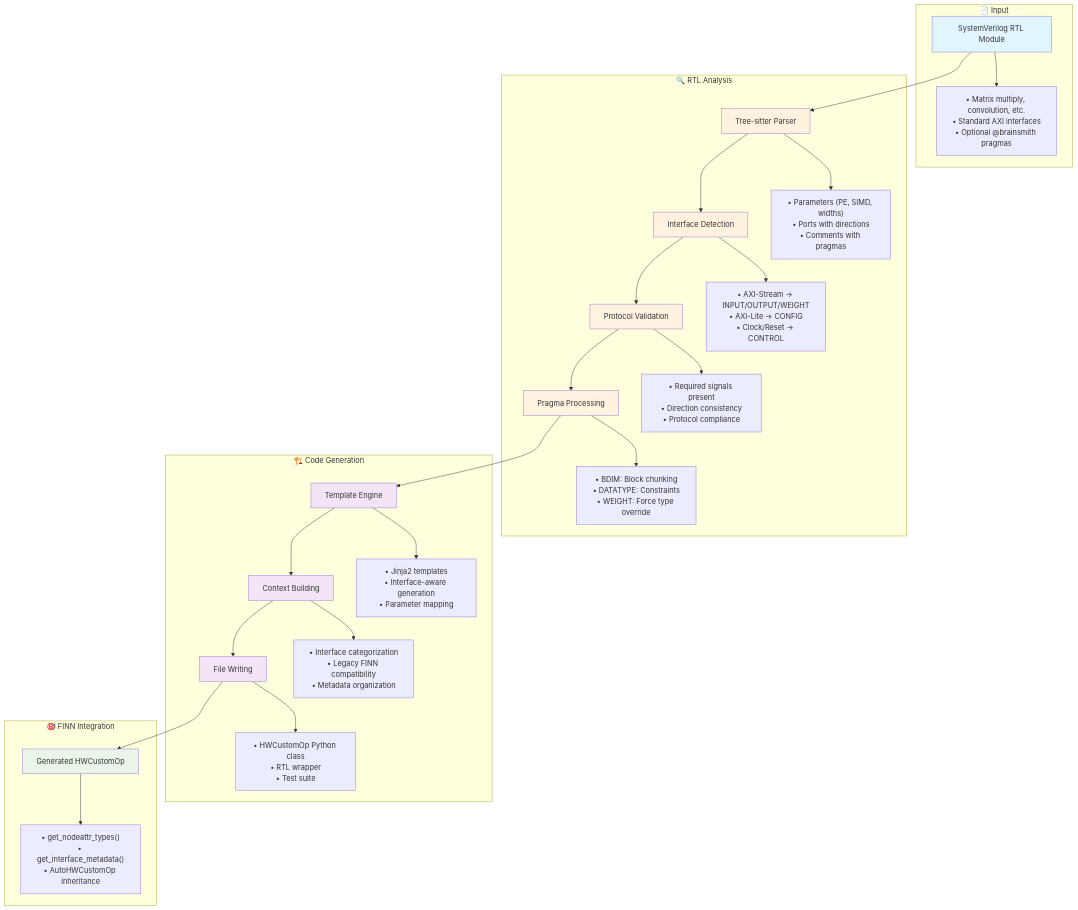
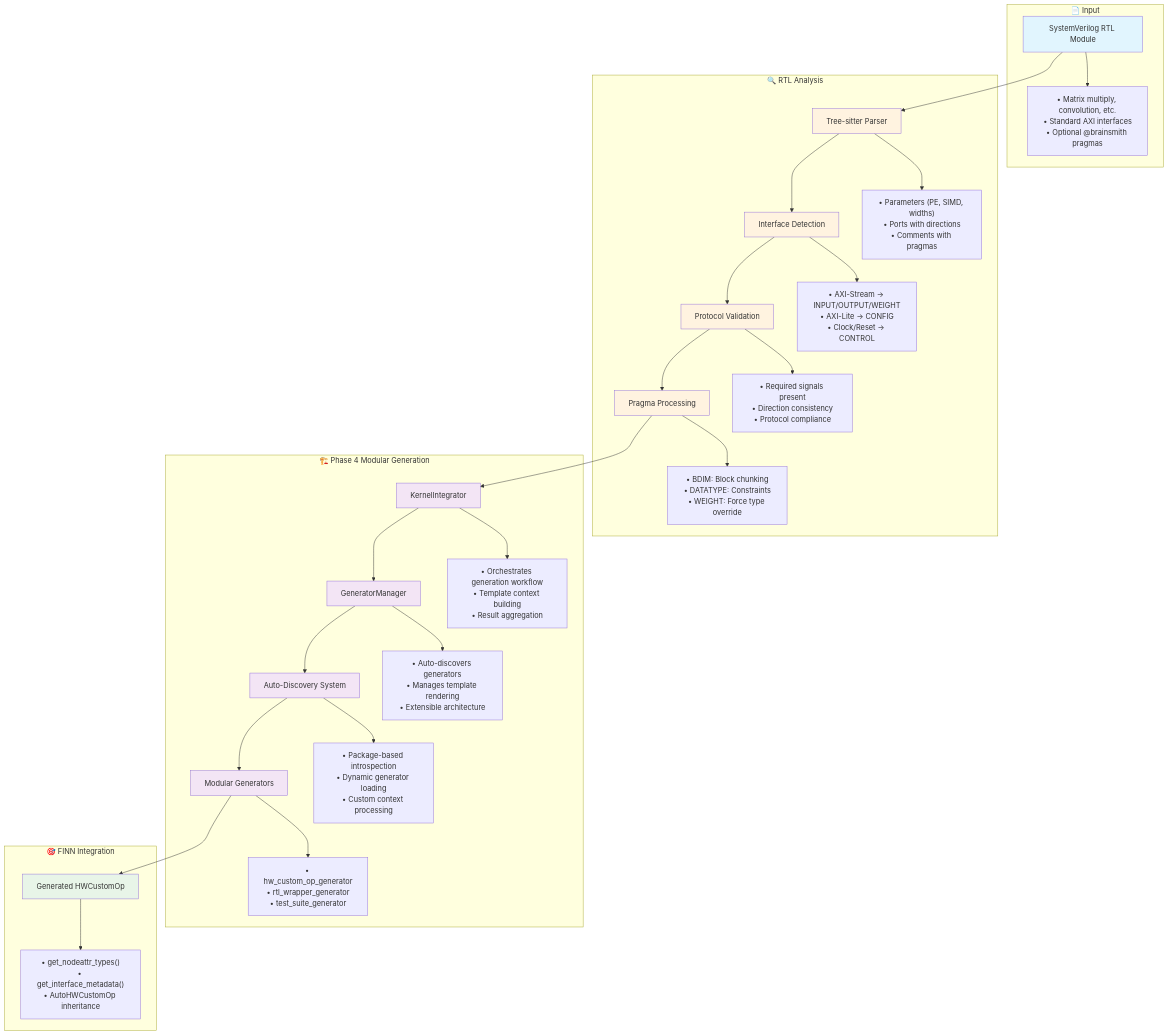
One commit to microsoft/Brainsmith changed the first of 6 diagrams in ai_cache/designs/HKG_DESIGN_DOCUMENT.md. Above: the diagram before and after it, drawn with Mermaid. The commit also changed other lines of this file and 88 other files, not shown here.

Commit message:
Modular generation & added rtl examples

````diff
--- a/ai_cache/designs/HKG_DESIGN_DOCUMENT.md
+++ b/ai_cache/designs/HKG_DESIGN_DOCUMENT.md
@@ -9,64 +16,69 @@
 ```mermaid
 graph TB
     subgraph "📄 Input"
         A[SystemVerilog RTL Module]
         A1["• Matrix multiply, convolution, etc.<br/>• Standard AXI interfaces<br/>• Optional @brainsmith pragmas"]
         A --> A1
     end
     
     subgraph "🔍 RTL Analysis"
         B[Tree-sitter Parser]
         C[Interface Detection]
         D[Protocol Validation]
         E[Pragma Processing]
         
         B1["• Parameters (PE, SIMD, widths)<br/>• Ports with directions<br/>• Comments with pragmas"]
         C1["• AXI-Stream → INPUT/OUTPUT/WEIGHT<br/>• AXI-Lite → CONFIG<br/>• Clock/Reset → CONTROL"]
         D1["• Required signals present<br/>• Direction consistency<br/>• Protocol compliance"]
         E1["• BDIM: Block chunking<br/>• DATATYPE: Constraints<br/>• WEIGHT: Force type override"]
         
         B --> B1
         C --> C1
         D --> D1
         E --> E1
     end
     
-    subgraph "🏗️ Code Generation"
-        F[Template Engine]
-        G[Context Building]
-        H[File Writing]
+    subgraph "🏗️ Phase 4 Modular Generation"
+        F[KernelIntegrator]
+        G[GeneratorManager]
+        H[Auto-Discovery System]
+        I[Modular Generators]
         
-        F1["• Jinja2 templates<br/>• Interface-aware generation<br/>• Parameter mapping"]
-        G1["• Interface categorization<br/>• Legacy FINN compatibility<br/>• Metadata organization"]
-        H1["• HWCustomOp Python class<br/>• RTL wrapper<br/>• Test suite"]
+        F1["• Orchestrates generation workflow<br/>• Template context building<br/>• Result aggregation"]
+        G1["• Auto-discovers generators<br/>• Manages template rendering<br/>• Extensible architecture"]
+        H1["• Package-based introspection<br/>• Dynamic generator loading<br/>• Custom context processing"]
+        I1["• hw_custom_op_generator<br/>• rtl_wrapper_generator<br/>• test_suite_generator"]
         
         F --> F1
         G --> G1
         H --> H1
+        I --> I1
     end
     
     subgraph "🎯 FINN Integration"
-        I[Generated HWCustomOp]
-        I1["• get_nodeattr_types()<br/>• get_interface_metadata()<br/>• AutoHWCustomOp inheritance"]
+        J[Generated HWCustomOp]
+        J1["• get_nodeattr_types()<br/>• get_interface_metadata()<br/>• AutoHWCustomOp inheritance"]
     end
     
     A --> B
     B --> C
     C --> D
     D --> E
     E --> F
     F --> G
     G --> H
     H --> I
-    I --> I1
+    I --> J
+    J --> J1
     
     style A fill:#e1f5fe
-    style I fill:#e8f5e8
+    style J fill:#e8f5e8
     style B fill:#fff3e0
     style C fill:#fff3e0
     style D fill:#fff3e0
     style E fill:#fff3e0
     style F fill:#f3e5f5
     style G fill:#f3e5f5
     style H fill:#f3e5f5
+    style I fill:#f3e5f5
 ```
````
